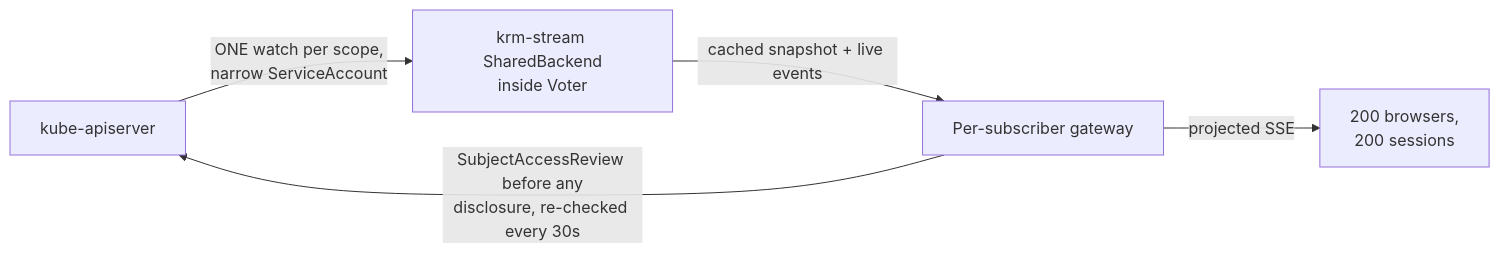
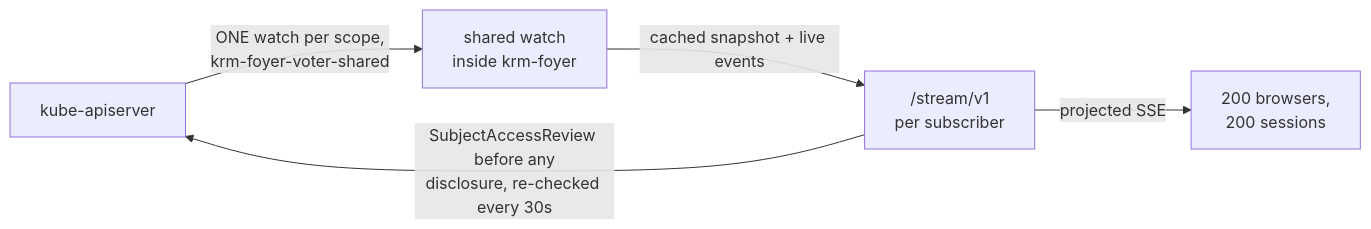
Before and after one commit to sunib/voter: the fourth of 4 diagrams in docs/presentation-diagrams.md, drawn with Mermaid. The commit also changed other lines of this file and 23 other files, not shown here.

First line of the commit message:
docs: the system as it runs after the krm-foyer cutover (#29)

````diff
--- a/docs/presentation-diagrams.md
+++ b/docs/presentation-diagrams.md
@@ -159,7 +174,7 @@
 ```mermaid
 flowchart LR
-    K["kube-apiserver"] -->|"ONE watch per scope,<br/>narrow ServiceAccount"| SB["krm-stream SharedBackend<br/>inside Voter"]
-    SB -->|"cached snapshot + live events"| G["Per-subscriber gateway"]
+    K["kube-apiserver"] -->|"ONE watch per scope,<br/>krm-foyer-voter-shared"| SB["shared watch<br/>inside krm-foyer"]
+    SB -->|"cached snapshot + live events"| G["/stream/v1<br/>per subscriber"]
     G -->|"SubjectAccessReview before any<br/>disclosure, re-checked every 30s"| K
     G -->|"projected SSE"| BR["200 browsers,<br/>200 sessions"]
 ```
````
